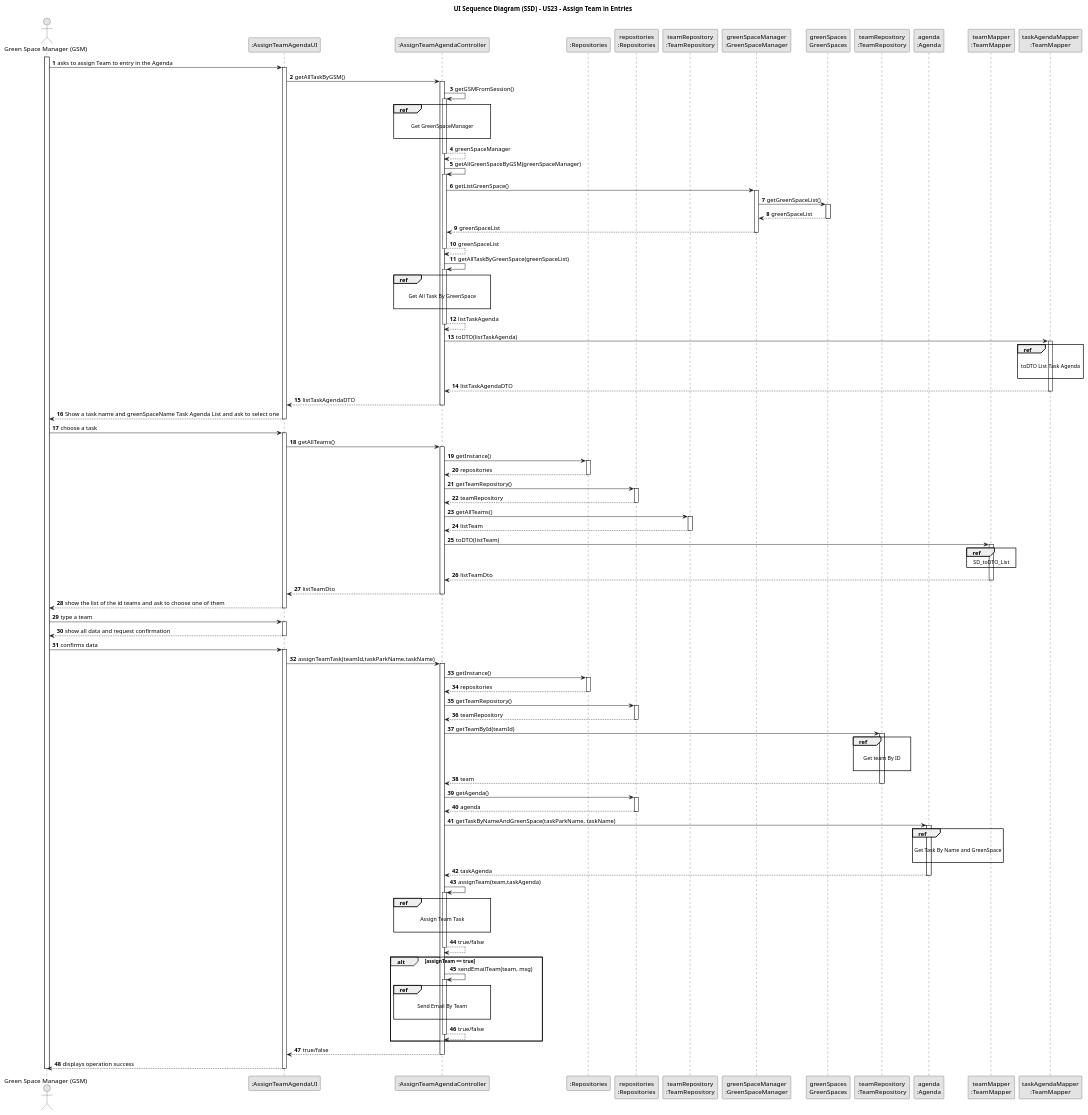
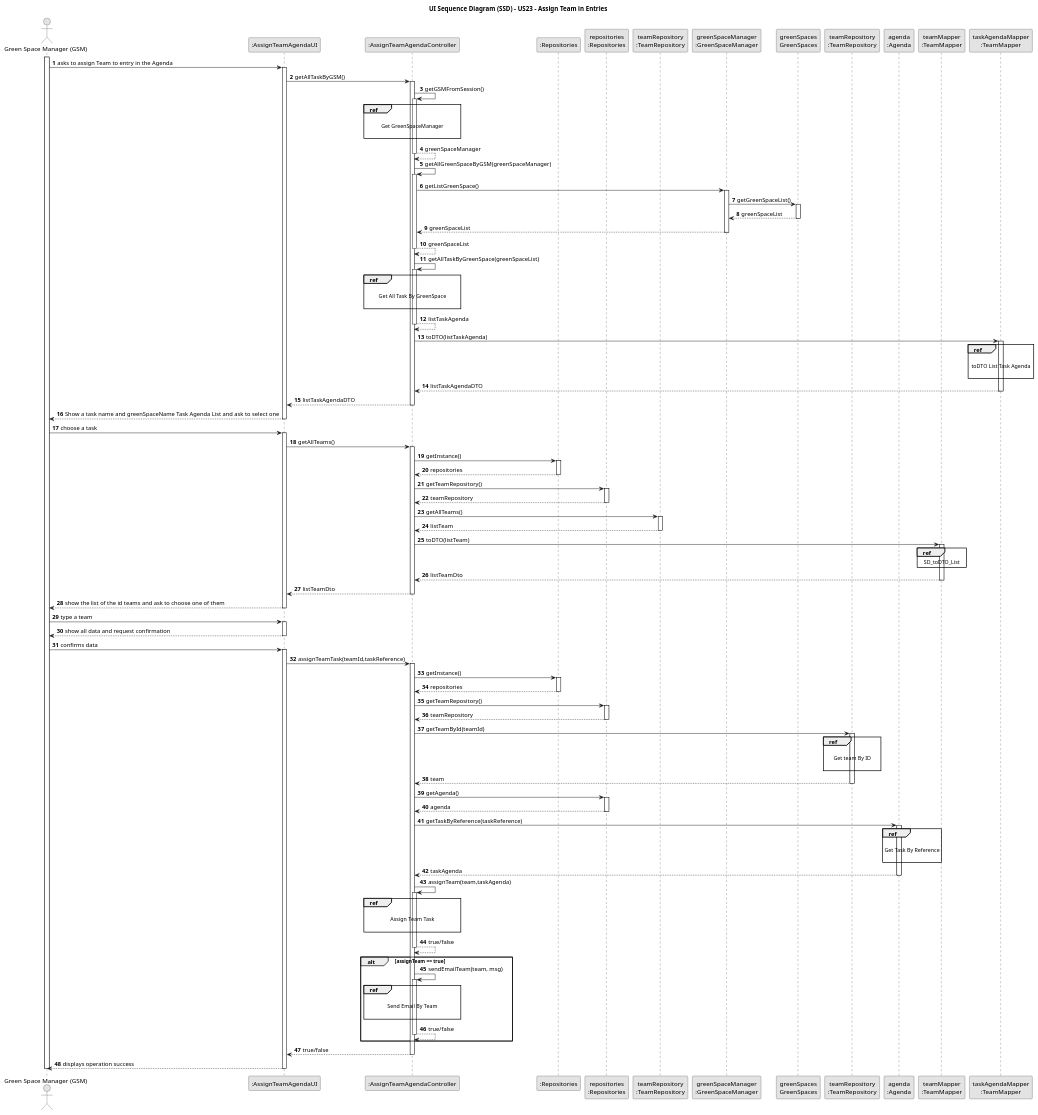
One commit to Departamento-de-Engenharia-Informatica/lei-24-s2-1db-g022 changed the diagram in docs/sprint3/us23/03.design/puml/us23-sequence-diagram.puml. Above: the diagram before and after it, drawn with PlantUML. The commit also changed 16 other files, not shown here.

```diff
--- a/docs/sprint3/us23/03.design/puml/us23-sequence-diagram.puml
+++ b/docs/sprint3/us23/03.design/puml/us23-sequence-diagram.puml
@@ -167,7 +167,7 @@
 
 activate UI
 
-UI -> CTRL: assignTeamTask(teamId,taskParkName,taskName)
+UI -> CTRL: assignTeamTask(teamId,taskReference)
 
 activate CTRL
 
@@ -209,13 +209,13 @@
 
 deactivate PLAT
 
-CTRL -> AGENDA : getTaskByNameAndGreenSpace(taskParkName, taskName)
+CTRL -> AGENDA : getTaskByReference(taskReference)
 
 activate AGENDA
 
 ref over AGENDA
 
-Get Task By Name and GreenSpace
+Get Task By Reference
 
 end
 
```
